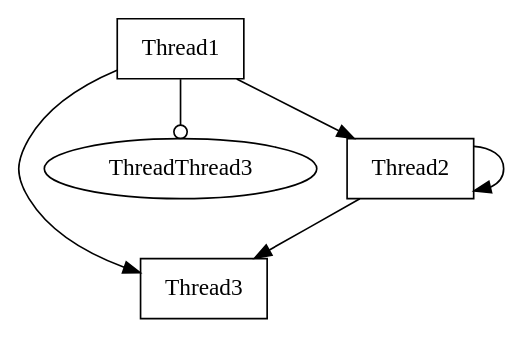
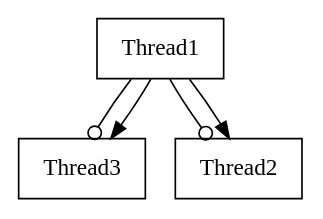
The diagram in view/graph004.dot (v4o6/cs410), drawn with Graphviz before and after one commit. The commit also changed 20 other files, not shown here.

```diff
--- a/view/graph004.dot
+++ b/view/graph004.dot
@@ -1,12 +1,11 @@
 digraph G {
 graph[page="8,10"];
 graph[center=1];
 Thread3 [shape=box,color=black];
 Thread1 [shape=box,color=black];
-Thread1 -> ThreadThread3 [arrowhead=odot];
+Thread1 -> Thread2 [arrowhead=odot];
+Thread1 -> Thread3 [arrowhead=odot];
 Thread1 -> Thread3 [arrowhead=normal];
 Thread1 -> Thread2 [arrowhead=normal];
 Thread2 [shape=box,color=black];
-Thread2 -> Thread3 [arrowhead=normal];
-Thread2 -> Thread2 [arrowhead=normal];
 }
```
